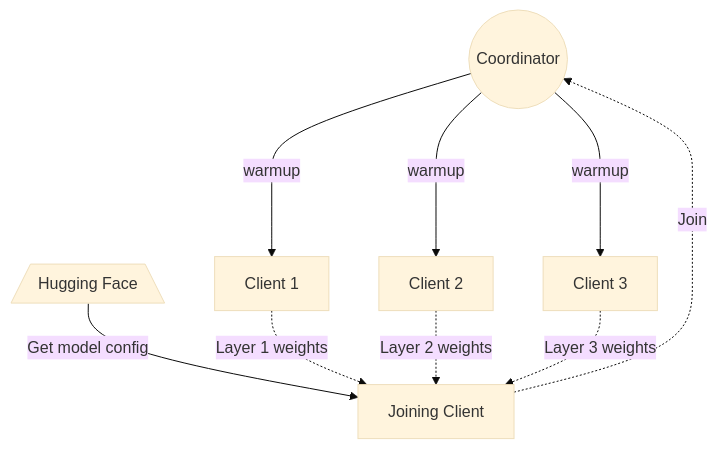
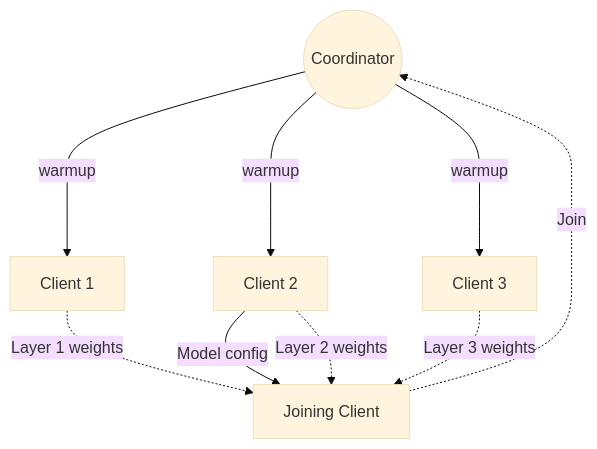
One commit to vernvriereen/psyche changed the diagram in psyche-book/src/explain/model-sharing.md. Above: the diagram before and after it, drawn with Mermaid (base theme). The commit also changed other lines of this file and 4 other files, not shown here.

````diff
--- a/psyche-book/src/explain/model-sharing.md
+++ b/psyche-book/src/explain/model-sharing.md
@@ -28,17 +27,16 @@
-   ```mermaid
-   flowchart TB
-      C((Coordinator))
-      C1[Client 1]
-      C2[Client 2]
-      C3[Client 3]
-      C4[Joining Client]
-      HF[/Hugging Face\]
-      C --warmup---> C1
-      C --warmup---> C2
-      C --warmup---> C3
-      HF --Get model config--> C4
-      C4 -.Join.-> C
-      C1 -.Layer 1 weights.-> C4
-      C2 -.Layer 2 weights.-> C4
-      C3 -.Layer 3 weights.-> C4
-   ```
+```mermaid
+flowchart TB
+   C((Coordinator))
+   C1[Client 1]
+   C2[Client 2]
+   C3[Client 3]
+   C4[Joining Client]
+   C --warmup---> C1
+   C --warmup---> C2
+   C --warmup---> C3
+   C2 --Model config--> C4
+   C4 -.Join.-> C
+   C1 -.Layer 1 weights.-> C4
+   C2 -.Layer 2 weights.-> C4
+   C3 -.Layer 3 weights.-> C4
+```
````
